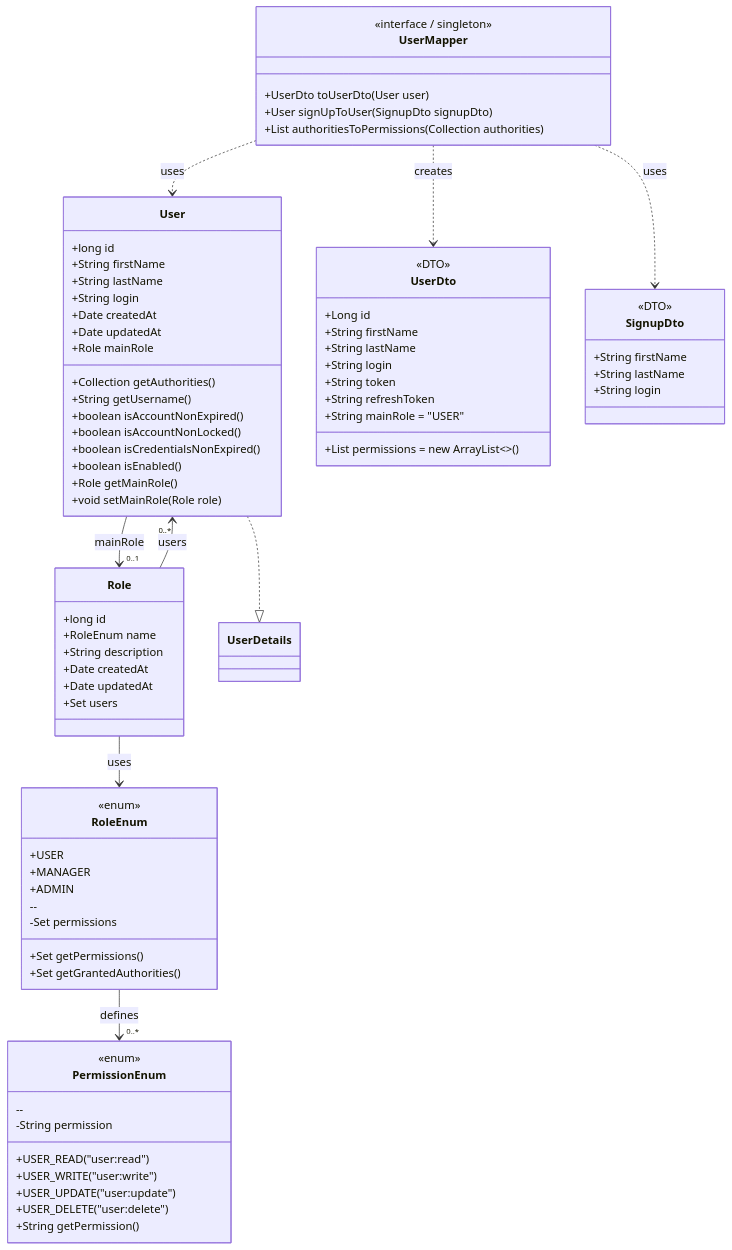
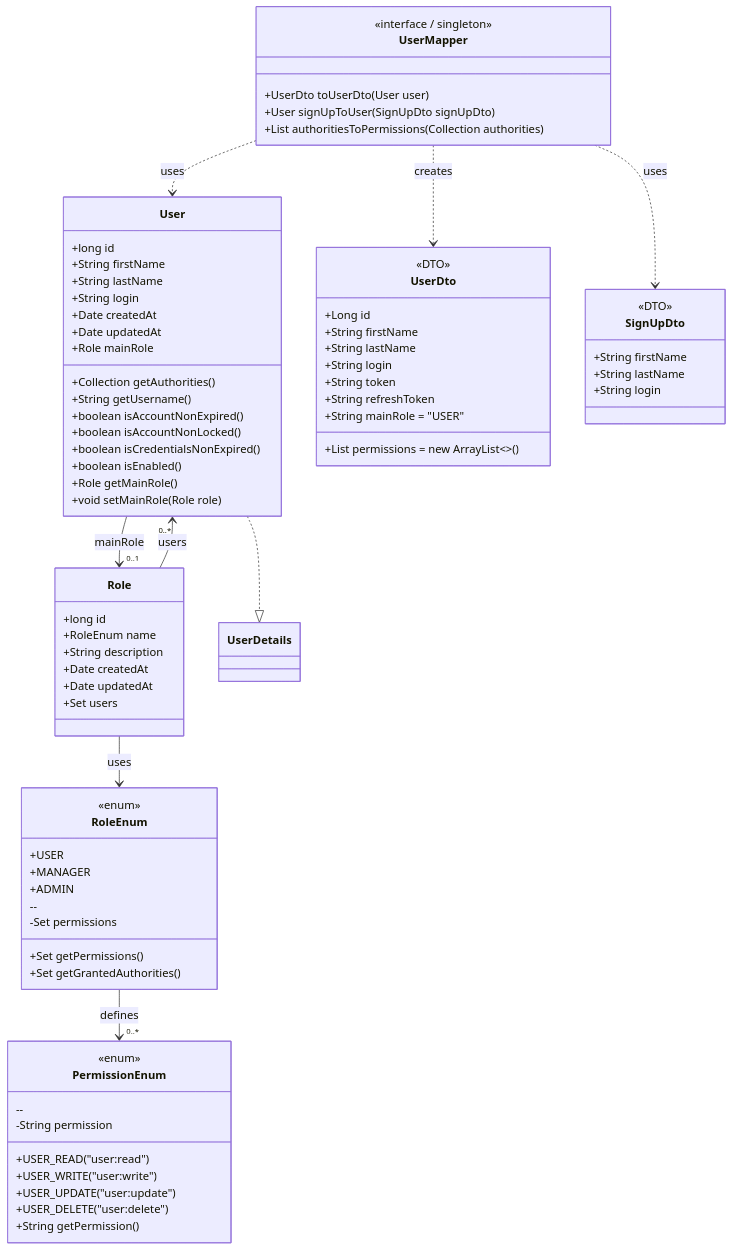
One commit to OrifInformatique/spring-auth changed the sixth of 10 diagrams in docs/process-documentation.md. Above: the diagram before and after it, drawn with Mermaid. The commit also changed other lines of this file, not shown here.

````diff
--- a/docs/process-documentation.md
+++ b/docs/process-documentation.md
@@ -380,7 +380,7 @@
         +List<String> permissions = new ArrayList<>()
     }
 
-    class SignupDto {
+    class SignUpDto {
         <<DTO>>
         +String firstName
         +String lastName
@@ -393,7 +393,7 @@
     class UserMapper {
         <<interface / singleton>>
         +UserDto toUserDto(User user)
-        +User signUpToUser(SignupDto signupDto)
+        +User signUpToUser(SignUpDto signUpDto)
         +List<String> authoritiesToPermissions(Collection<GrantedAuthority> authorities)
     }
 
@@ -406,6 +406,6 @@
     RoleEnum --> "0..*" PermissionEnum : defines
     UserMapper ..> User : uses
     UserMapper ..> UserDto : creates
-    UserMapper ..> SignupDto : uses
+    UserMapper ..> SignUpDto : uses
     User ..|> UserDetails
 ```
````
